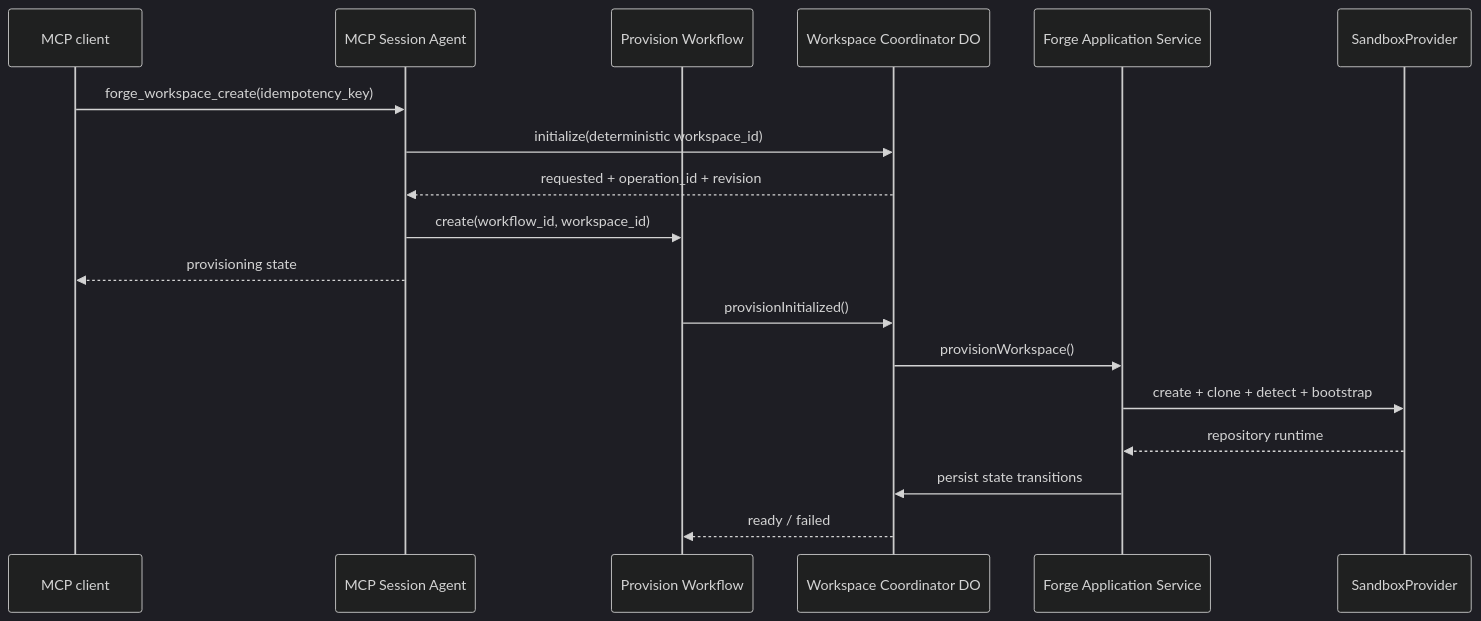
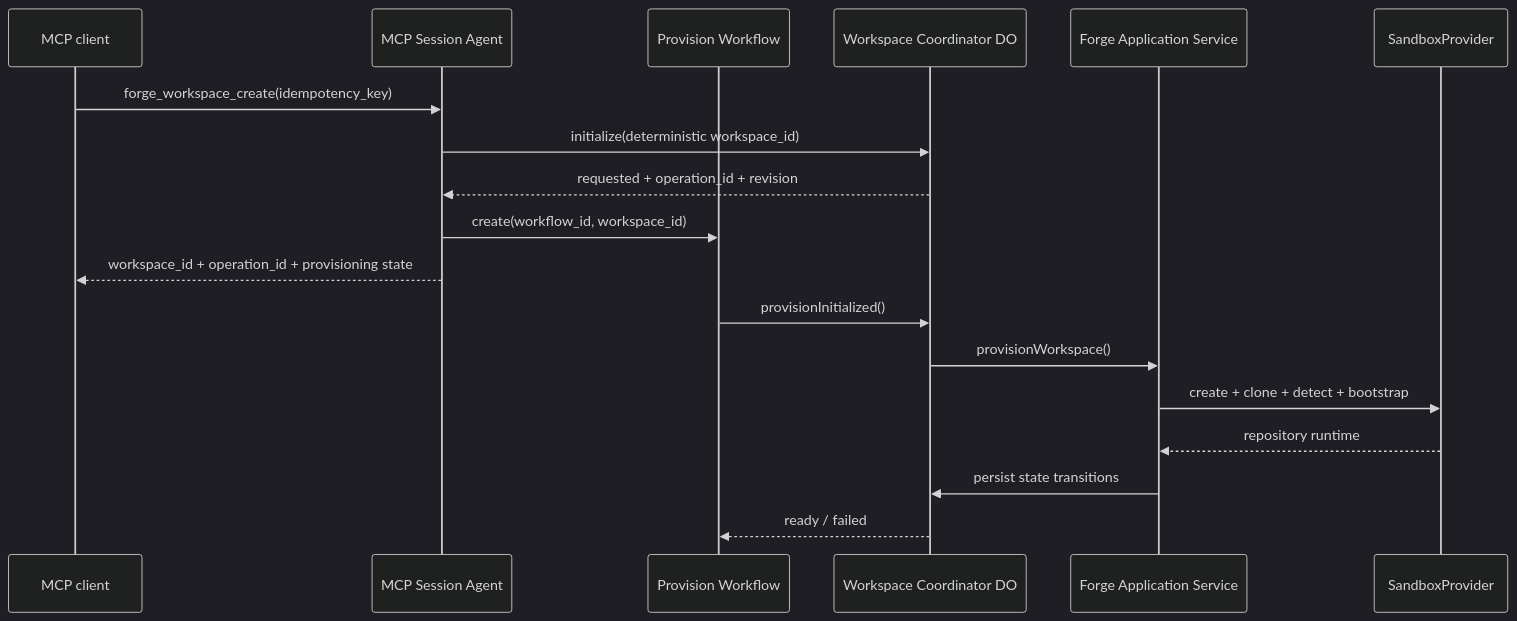
Before and after one commit to timc0y/forge-mcp: the first of 3 diagrams in docs/architecture/sequences.md, drawn with Mermaid (dark theme). The commit also changed other lines of this file and 40 other files, not shown here.

````diff
--- a/docs/architecture/sequences.md
+++ b/docs/architecture/sequences.md
@@ -5,21 +5,21 @@
 ```mermaid
 sequenceDiagram
   participant C as MCP client
   participant M as MCP Session Agent
   participant W as Provision Workflow
   participant D as Workspace Coordinator DO
   participant A as Forge Application Service
   participant S as SandboxProvider
 
   C->>M: forge_workspace_create(idempotency_key)
   M->>D: initialize(deterministic workspace_id)
   D-->>M: requested + operation_id + revision
   M->>W: create(workflow_id, workspace_id)
-  M-->>C: provisioning state
+  M-->>C: workspace_id + operation_id + provisioning state
   W->>D: provisionInitialized()
   D->>A: provisionWorkspace()
   A->>S: create + clone + detect + bootstrap
   S-->>A: repository runtime
   A->>D: persist state transitions
   D-->>W: ready / failed
 ```
````
